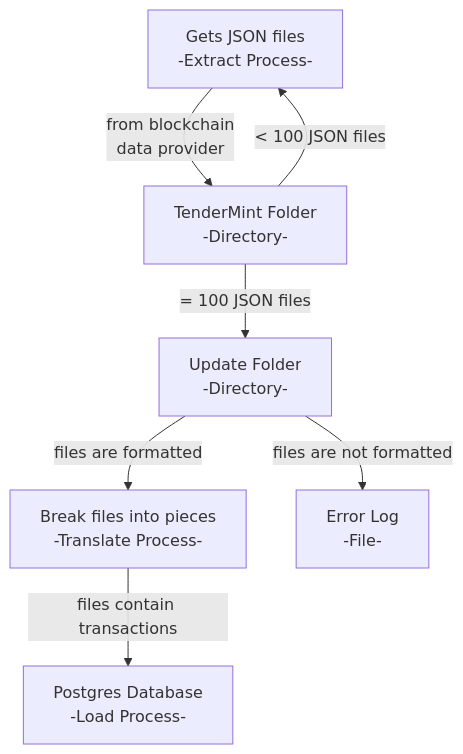
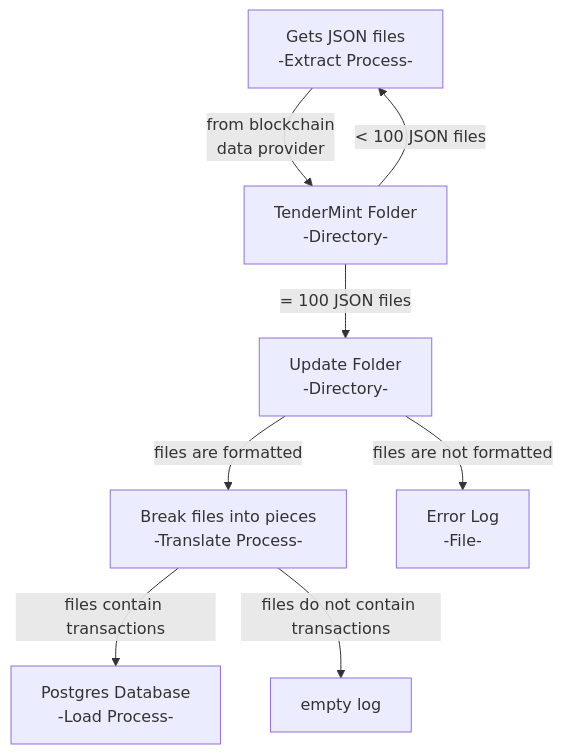
Before and after one commit to patmcfarland/one: the diagram in README.md, drawn with Mermaid.

````diff
--- a/README.md
+++ b/README.md
@@ -1,14 +1,16 @@
 ```mermaid
 flowchart TD
 A[Gets JSON files<br>-Extract Process-]
 A -- from blockchain<br>data provider --> B
 B[TenderMint Folder<br>-Directory-]
 B -- = 100 JSON files --> C[Update Folder<br>-Directory-]
 B -- < 100 JSON files --> A
 C -- files are formatted --> D
 D[Break files into pieces<br>-Translate Process-]
 C -- files are not formatted --> E
 E[Error Log<br>-File-]
 F[Postgres Database<br>-Load Process-]
 D -- files contain transactions --> F
+D -- files do not contain transactions --> G
+G[empty log]
 ```
````
